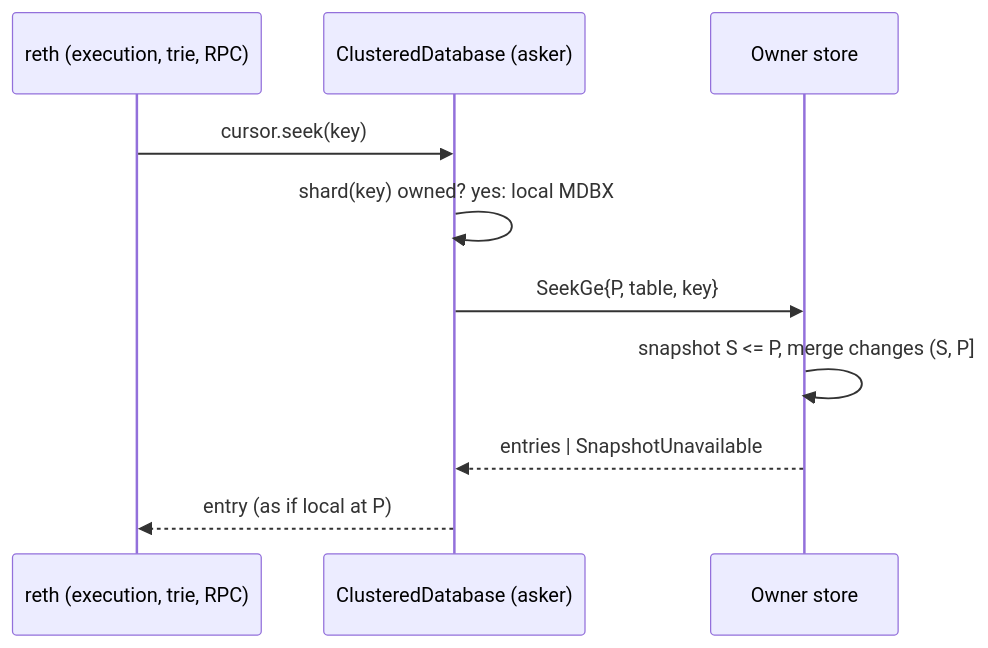
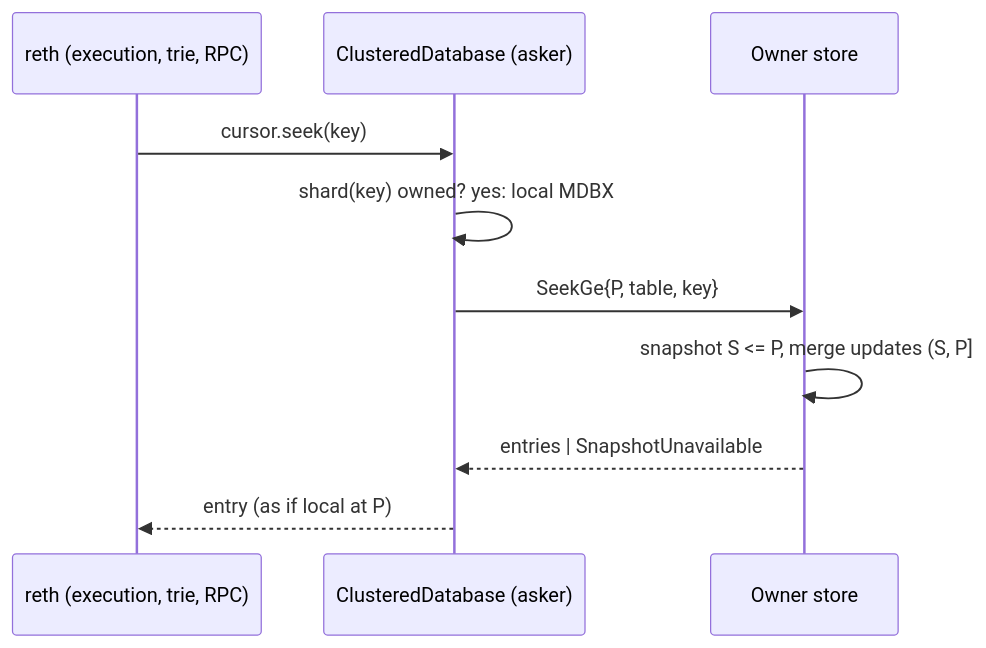
Before and after one commit to BrianBland/base: the diagram in crates/execution/cluster/README.md, drawn with Mermaid. The commit also changed other lines of this file and 13 other files, not shown here.

````diff
--- a/crates/execution/cluster/README.md
+++ b/crates/execution/cluster/README.md
@@ -86,12 +151,12 @@
 ```mermaid
 sequenceDiagram
     participant E as reth (execution, trie, RPC)
     participant A as ClusteredDatabase (asker)
     participant O as Owner store
     E->>A: cursor.seek(key)
     A->>A: shard(key) owned? yes: local MDBX
     A->>O: SeekGe{P, table, key}
-    O->>O: snapshot S <= P, merge changes (S, P]
+    O->>O: snapshot S <= P, merge updates (S, P]
     O-->>A: entries | SnapshotUnavailable
     A-->>E: entry (as if local at P)
 ```
````
